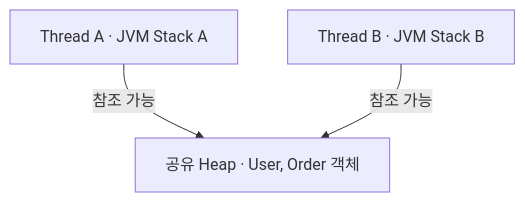
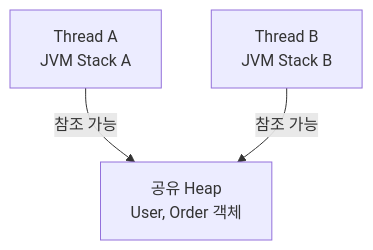
Before and after one commit to SangCheonP/Tech-Interview: the fourth of 7 diagrams in Language/Java/JVM/03. Stack과 Heap.md, drawn with Mermaid. The commit also changed other lines of this file, not shown here.

Commit message:
docs: center multiline JVM diagram labels

````diff
--- a/Language/Java/JVM/03. Stack과 Heap.md
+++ b/Language/Java/JVM/03. Stack과 Heap.md
@@ -182,5 +182,5 @@
 ```mermaid
 flowchart TB
-    a["Thread A · JVM Stack A"] -->|참조 가능| heap["공유 Heap · User, Order 객체"]
-    b["Thread B · JVM Stack B"] -->|참조 가능| heap
+    a["Thread A<br/>JVM Stack A"] -->|참조 가능| heap["공유 Heap<br/>User, Order 객체"]
+    b["Thread B<br/>JVM Stack B"] -->|참조 가능| heap
 ```
````
